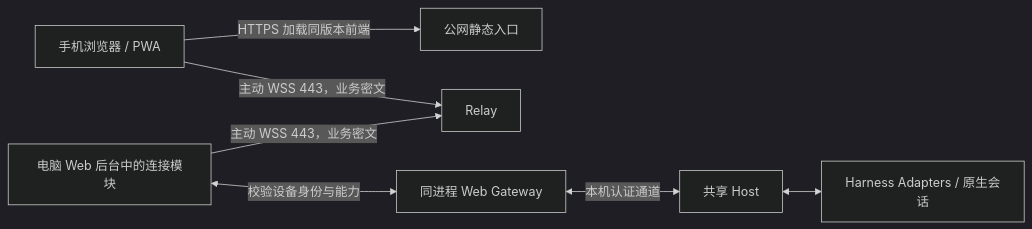
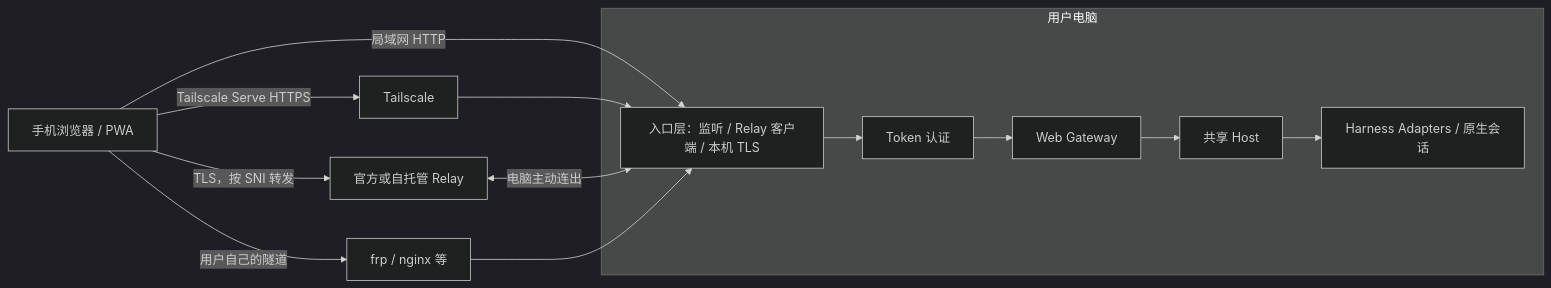
The diagram in docs/proposals/web-remote-relay-architecture.md (BytePioneer-AI/codex-host), drawn with Mermaid (dark theme) before and after one commit. The commit also changed other lines of this file and 1 other file, not shown here.

Commit message:
docs: revise Web remote access architecture proposal

````diff
--- a/docs/proposals/web-remote-relay-architecture.md
+++ b/docs/proposals/web-remote-relay-architecture.md
@@ -48,9 +50,19 @@
 ```mermaid
 flowchart LR
-    B[手机浏览器 / PWA] -->|HTTPS 加载同版本前端| F[公网静态入口]
-    B -->|主动 WSS 443，业务密文| R[Relay]
-    C[电脑 Web 后台中的连接模块] -->|主动 WSS 443，业务密文| R
-    C <-->|校验设备身份与能力| G[同进程 Web Gateway]
-    G <-->|本机认证通道| H[共享 Host]
-    H <--> A[Harness Adapters / 原生会话]
+    P[手机浏览器 / PWA]
+    subgraph PC[用户电脑]
+        C[入口层：监听 / Relay 客户端 / 本机 TLS]
+        A[Token 认证]
+        G[Web Gateway]
+        H[共享 Host]
+        X[Harness Adapters / 原生会话]
+        C --> A --> G --> H --> X
+    end
+    P -->|局域网 HTTP| C
+    P -->|Tailscale Serve HTTPS| T[Tailscale]
+    T --> C
+    P -->|TLS，按 SNI 转发| R[官方或自托管 Relay]
+    R <-->|电脑主动连出| C
+    P -->|用户自己的隧道| U[frp / nginx 等]
+    U --> C
 ```
````
